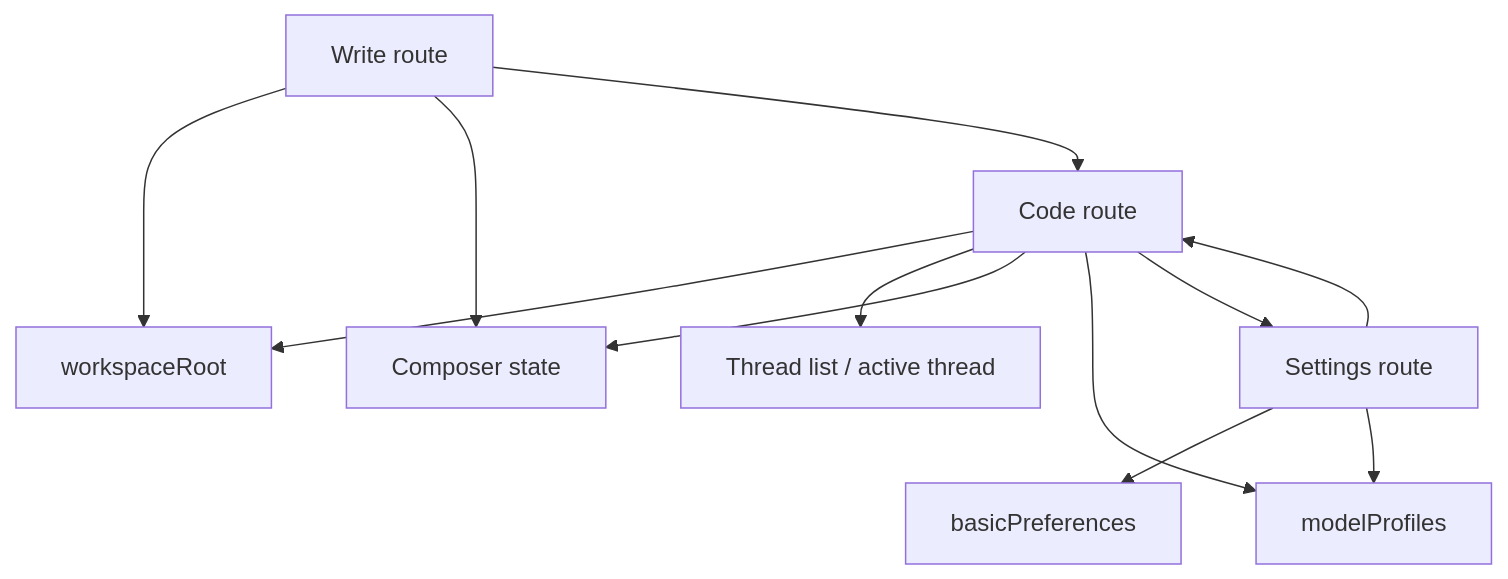
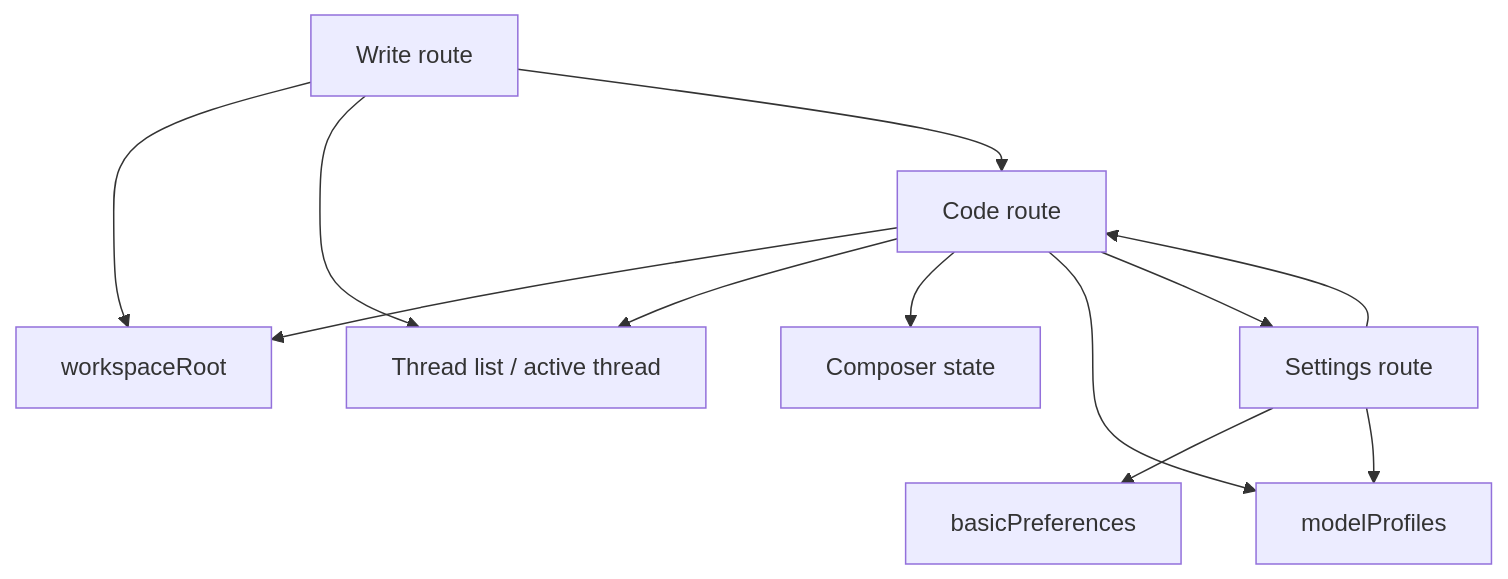
The fifth of 5 diagrams in docs/ui-layout-reference.md (dp-sudo/agent-pyramid-desktop), drawn with Mermaid before and after one commit. The commit also changed other lines of this file and 33 other files, not shown here.

````diff
--- a/docs/ui-layout-reference.md
+++ b/docs/ui-layout-reference.md
@@ -703,23 +717,23 @@
 ```mermaid
 flowchart TD
   Code["Code route"]
   Write["Write route"]
   Settings["Settings route"]
   Workspace["workspaceRoot"]
   Threads["Thread list / active thread"]
   Composer["Composer state"]
   Preferences["basicPreferences"]
   ModelProfiles["modelProfiles"]
 
   Code --> Workspace
   Code --> Threads
   Code --> Composer
   Code --> ModelProfiles
   Write --> Workspace
-  Write --> Composer
+  Write --> Threads
   Settings --> Preferences
   Settings --> ModelProfiles
   Settings --> Code
   Write --> Code
   Code --> Settings
 ```
````
